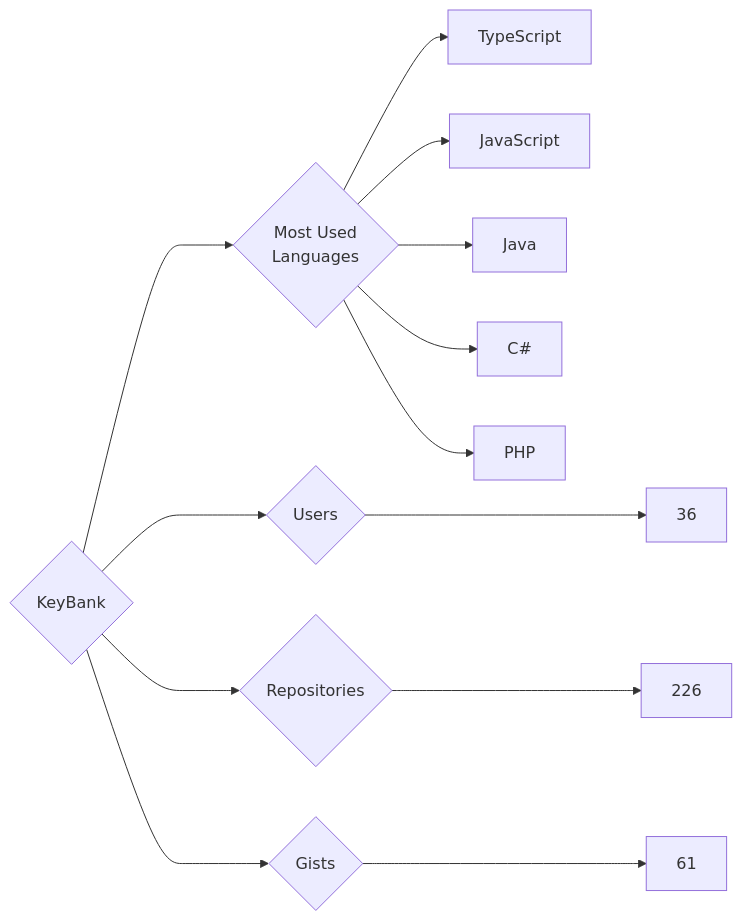
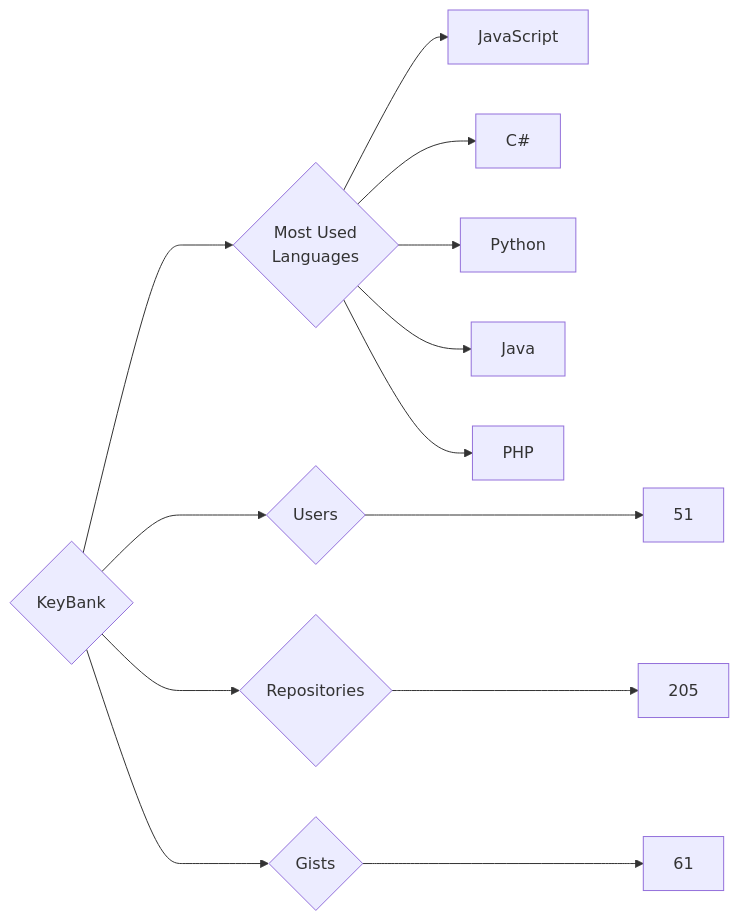
One commit to trickest/insiders changed the diagram in targets/KeyBank/README.md. Above: the diagram before and after it, drawn with Mermaid. The commit also changed 736 other files, not shown here.

````diff
--- a/targets/KeyBank/README.md
+++ b/targets/KeyBank/README.md
@@ -3,13 +3,13 @@
 ```mermaid
 graph LR
 COMPANY_NAME{KeyBank}
-COMPANY_NAME ---> U{Users} ---> UN[36]
-COMPANY_NAME ---> R{Repositories} ---> RN[226]
+COMPANY_NAME ---> U{Users} ---> UN[51]
+COMPANY_NAME ---> R{Repositories} ---> RN[205]
 COMPANY_NAME ---> G{Gists} ---> GN[61]
 COMPANY_NAME ---> ML{Most Used<br>Languages}
-ML --> TypeScript[TypeScript]
 ML --> JavaScript[JavaScript]
+ML --> C#[C#]
+ML --> Python[Python]
 ML --> Java[Java]
-ML --> C#[C#]
 ML --> PHP[PHP]
 ```
````
